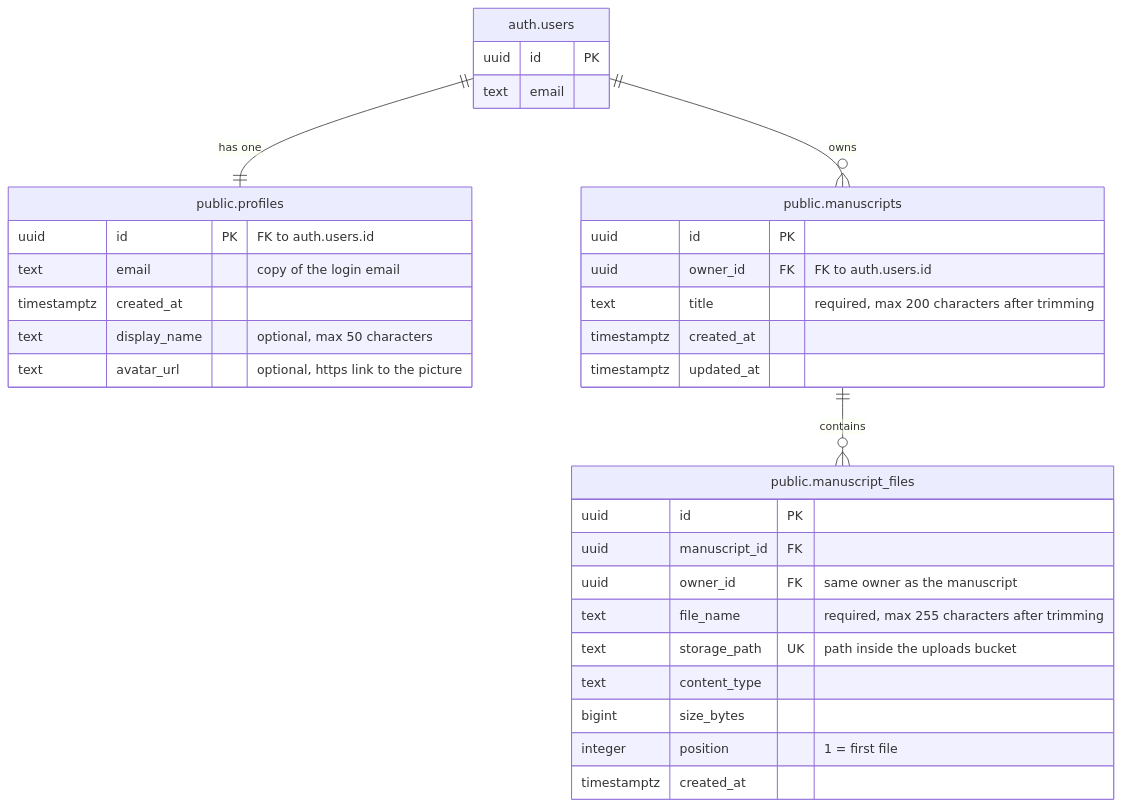
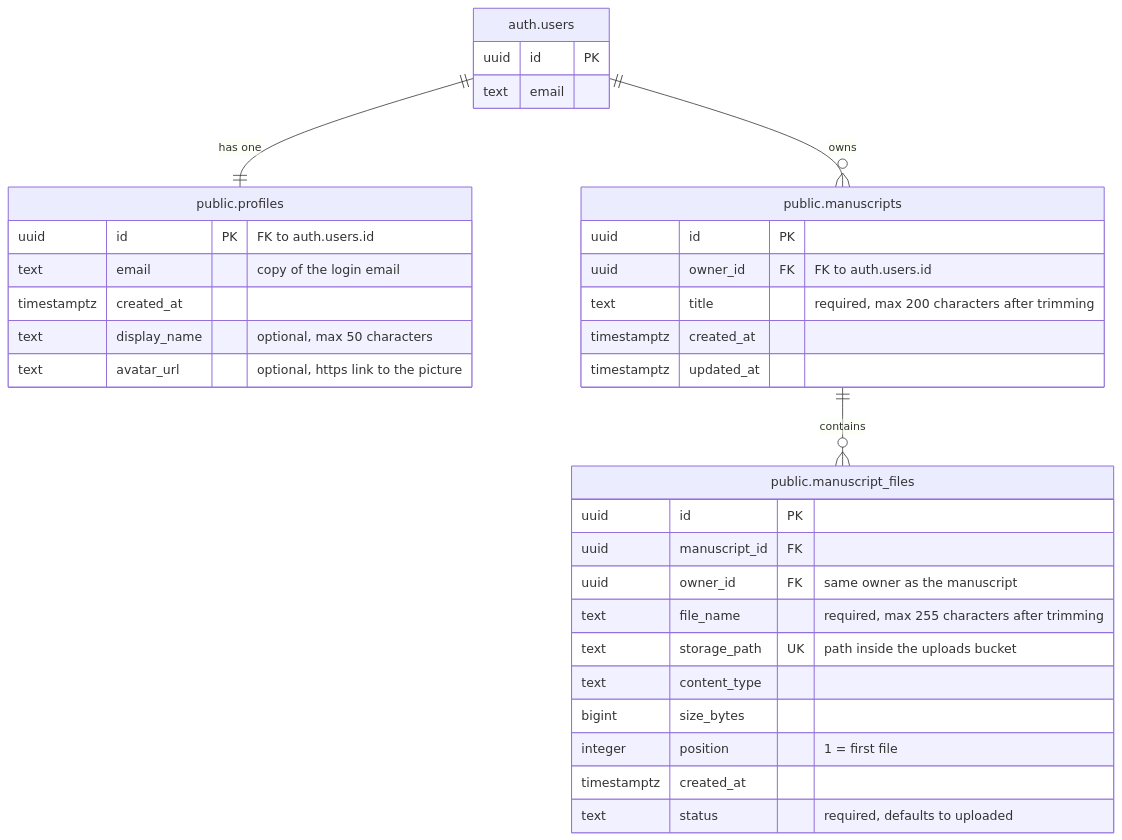
Before and after one commit to nlklfor/manulator: the diagram in docs/database.md, drawn with Mermaid. The commit also changed other lines of this file, not shown here.

````diff
--- a/docs/database.md
+++ b/docs/database.md
@@ -13,35 +13,36 @@
 ```mermaid
 erDiagram
     "auth.users" ||--|| "public.profiles" : "has one"
     "auth.users" ||--o{ "public.manuscripts" : "owns"
     "public.manuscripts" ||--o{ "public.manuscript_files" : "contains"
     "auth.users" {
         uuid id PK
         text email
     }
     "public.profiles" {
         uuid id PK "FK to auth.users.id"
         text email "copy of the login email"
         timestamptz created_at
         text display_name "optional, max 50 characters"
         text avatar_url "optional, https link to the picture"
     }
     "public.manuscripts" {
         uuid id PK
         uuid owner_id FK "FK to auth.users.id"
         text title "required, max 200 characters after trimming"
         timestamptz created_at
         timestamptz updated_at
     }
     "public.manuscript_files" {
         uuid id PK
         uuid manuscript_id FK
         uuid owner_id FK "same owner as the manuscript"
         text file_name "required, max 255 characters after trimming"
         text storage_path UK "path inside the uploads bucket"
         text content_type
         bigint size_bytes
         integer position "1 = first file"
         timestamptz created_at
+        text status "required, defaults to uploaded"
     }
 ```
````
